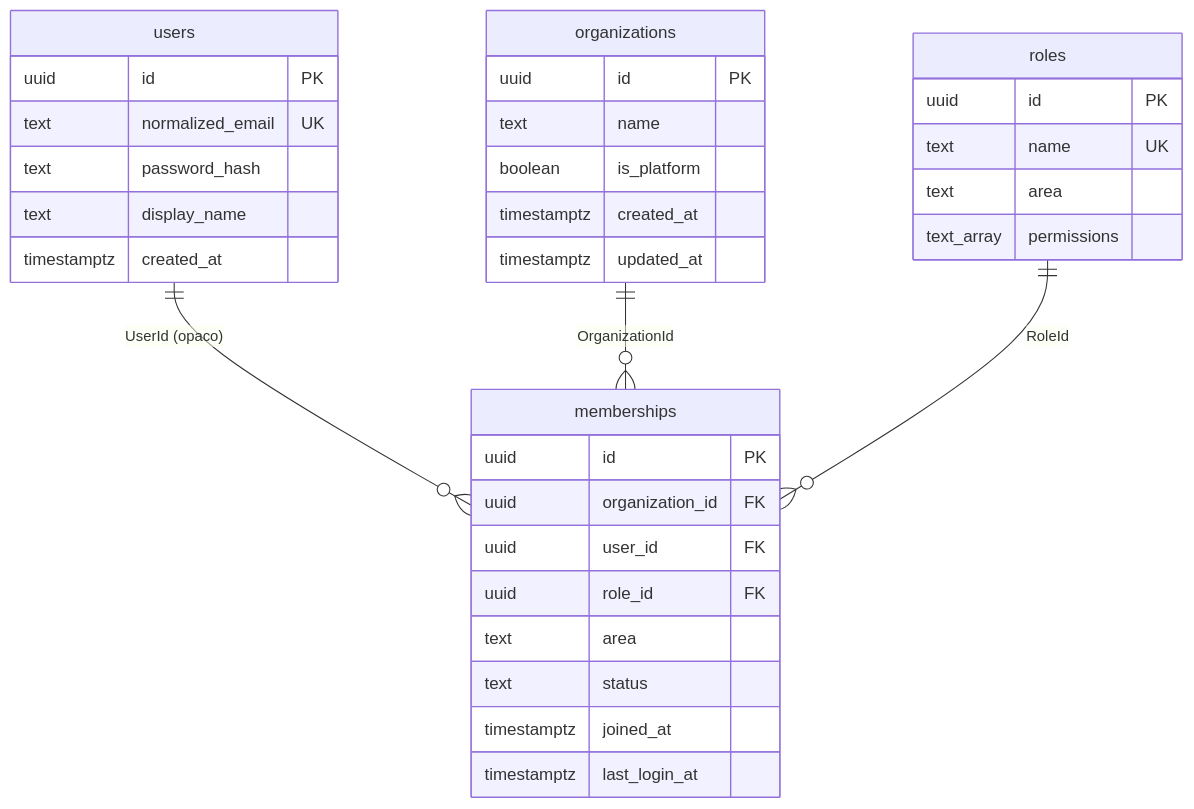
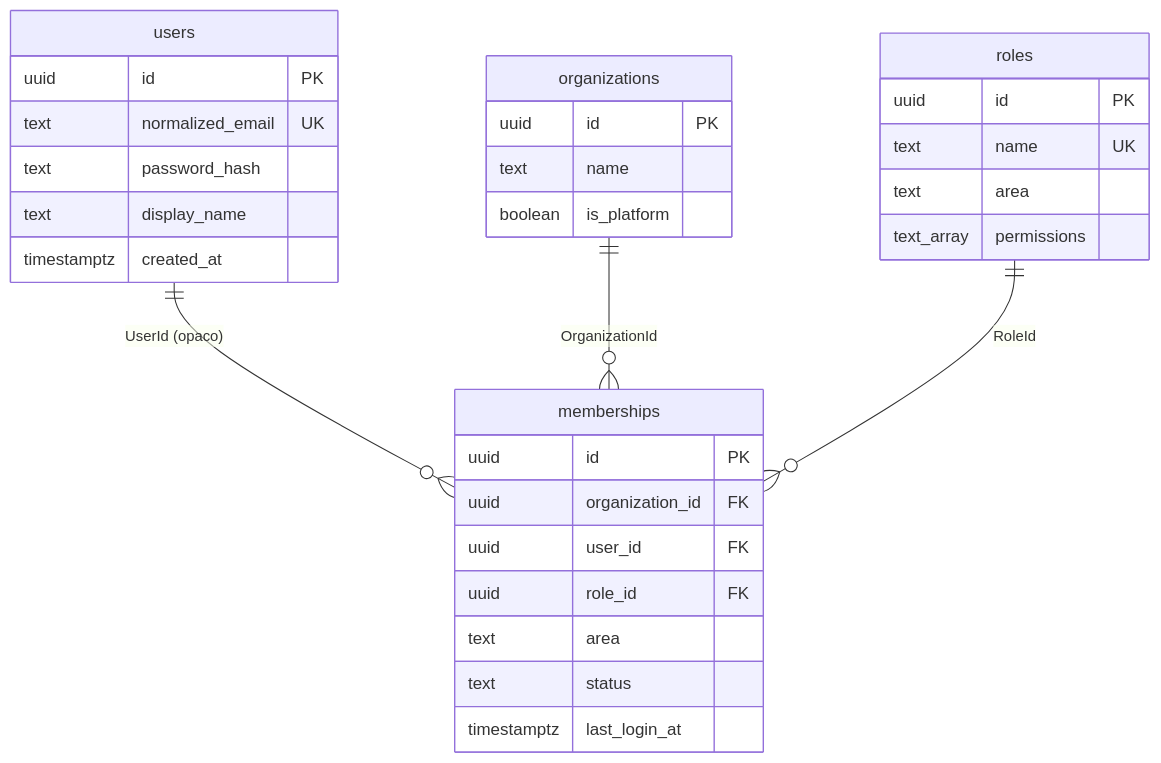
Before and after one commit to lucasvidalz/licitaedital-api2: the first of 6 diagrams in docs/modelagem-dados.md, drawn with Mermaid. The commit also changed other lines of this file and 72 other files, not shown here.

````diff
--- a/docs/modelagem-dados.md
+++ b/docs/modelagem-dados.md
@@ -32,37 +35,34 @@
 ```mermaid
 erDiagram
   users ||--o{ memberships : "UserId (opaco)"
   organizations ||--o{ memberships : "OrganizationId"
   roles ||--o{ memberships : "RoleId"
 
   users {
     uuid id PK
     text normalized_email UK
     text password_hash
     text display_name
     timestamptz created_at
   }
   organizations {
     uuid id PK
     text name
     boolean is_platform
-    timestamptz created_at
-    timestamptz updated_at
   }
   roles {
     uuid id PK
     text name UK
     text area
     text_array permissions
   }
   memberships {
     uuid id PK
     uuid organization_id FK
     uuid user_id FK
     uuid role_id FK
     text area
     text status
-    timestamptz joined_at
     timestamptz last_login_at
   }
 ```
````
